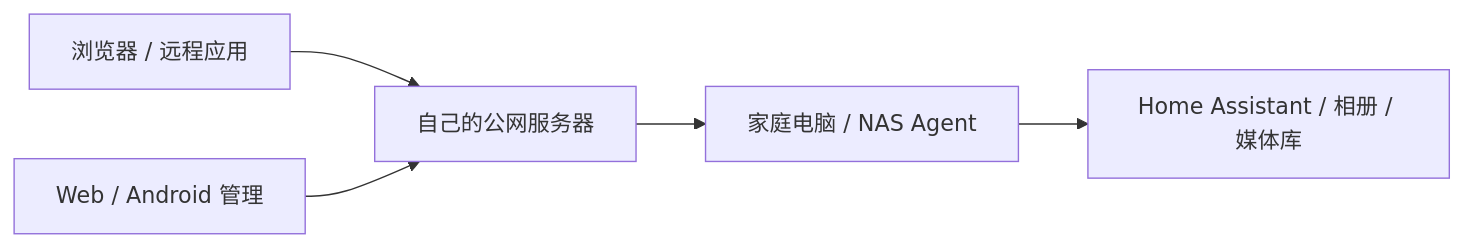
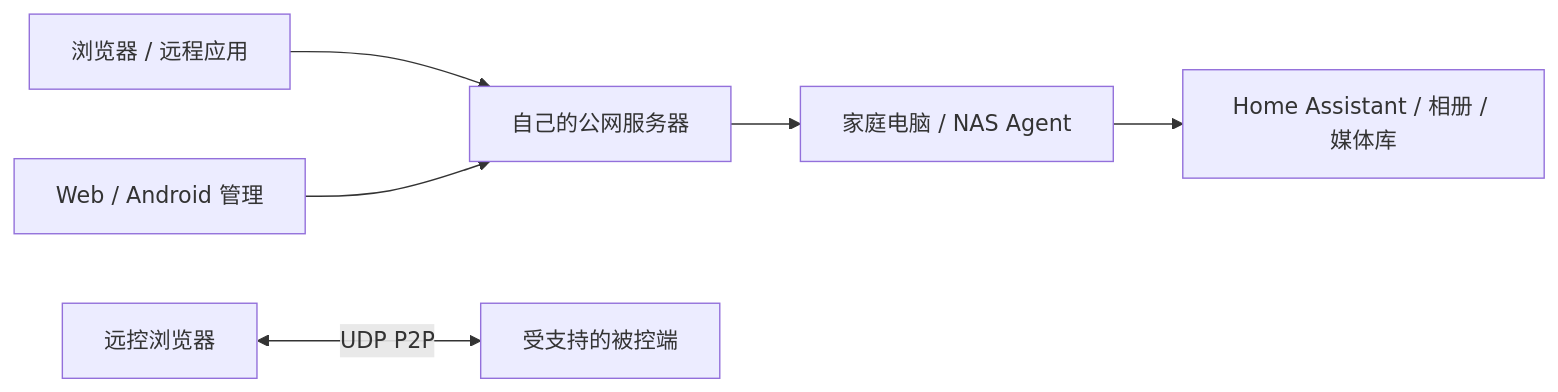
One commit to ZHanry/home-tunnel changed the diagram in README.md. Above: the diagram before and after it, drawn with Mermaid. The commit also changed other lines of this file and 26 other files, not shown here.

````diff
--- a/README.md
+++ b/README.md
@@ -52,7 +58,8 @@
 ```mermaid
 flowchart LR
   Visitor[浏览器 / 远程应用] --> Edge[自己的公网服务器]
   Edge --> Agent[家庭电脑 / NAS Agent]
   Agent --> App[Home Assistant / 相册 / 媒体库]
   Manager[Web / Android 管理] --> Edge
+  Controller[远控浏览器] <-->|UDP P2P| Host[受支持的被控端]
 ```
````
